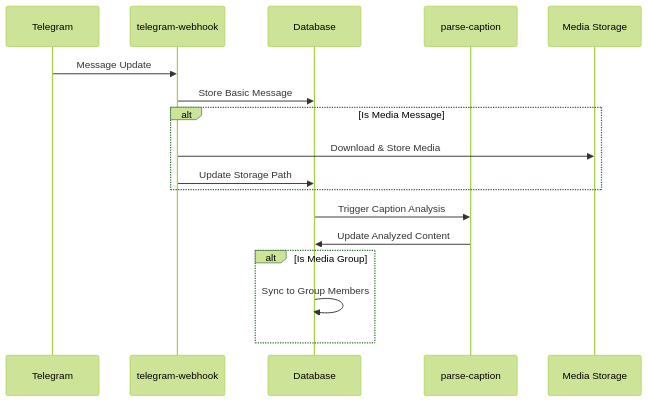
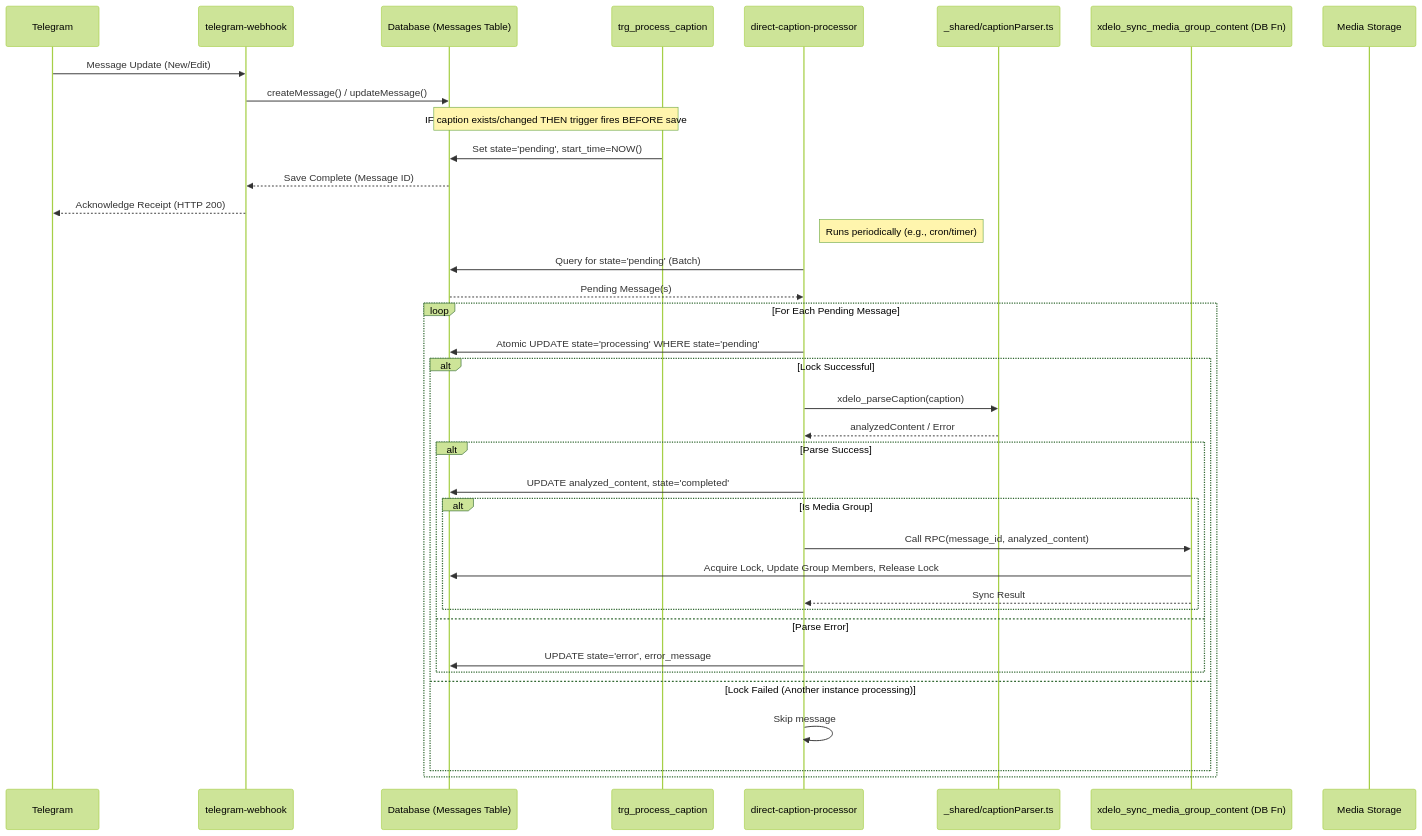
The first of 2 diagrams in docs/telegram-webhook-flow.md (cmtkdot/xdelo-app), drawn with Mermaid (forest theme) before and after one commit. The commit also changed other lines of this file and 11 other files, not shown here.

First line of the commit message:
Update ESLint configuration and enhance documentation for caption processing workflow

````diff
--- a/docs/telegram-webhook-flow.md
+++ b/docs/telegram-webhook-flow.md
@@ -53,20 +75,41 @@
 ```mermaid
 sequenceDiagram
     participant T as Telegram
     participant W as telegram-webhook
-    participant DB as Database
-    participant P as parse-caption
+    participant DB as Database (Messages Table)
+    participant TRG as trg_process_caption
+    participant EF as direct-caption-processor
+    participant P as _shared/captionParser.ts
+    participant SYNC as xdelo_sync_media_group_content (DB Fn)
     participant S as Media Storage
 
-    T->>W: Message Update
-    W->>DB: Store Basic Message
-    alt Is Media Message
-        W->>S: Download & Store Media
-        W->>DB: Update Storage Path
-    end
-    DB->>P: Trigger Caption Analysis
-    P->>DB: Update Analyzed Content
-    alt Is Media Group
-        DB->>DB: Sync to Group Members
+    T->>W: Message Update (New/Edit)
+    W->>DB: createMessage() / updateMessage()
+    Note over DB,TRG: IF caption exists/changed THEN trigger fires BEFORE save
+    TRG->>DB: Set state='pending', start_time=NOW()
+    DB-->>W: Save Complete (Message ID)
+    W-->>T: Acknowledge Receipt (HTTP 200)
+
+    Note right of EF: Runs periodically (e.g., cron/timer)
+    EF->>DB: Query for state='pending' (Batch)
+    DB-->>EF: Pending Message(s)
+    loop For Each Pending Message
+        EF->>DB: Atomic UPDATE state='processing' WHERE state='pending'
+        alt Lock Successful
+            EF->>P: xdelo_parseCaption(caption)
+            P-->>EF: analyzedContent / Error
+            alt Parse Success
+                EF->>DB: UPDATE analyzed_content, state='completed'
+                alt Is Media Group
+                    EF->>SYNC: Call RPC(message_id, analyzed_content)
+                    SYNC->>DB: Acquire Lock, Update Group Members, Release Lock
+                    SYNC-->>EF: Sync Result
+                end
+            else Parse Error
+                EF->>DB: UPDATE state='error', error_message
+            end
+        else Lock Failed (Another instance processing)
+            EF->>EF: Skip message
+        end
     end
 ```
````
